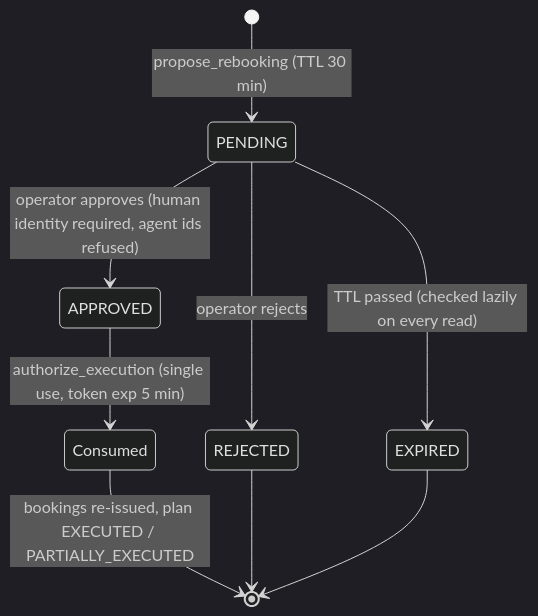
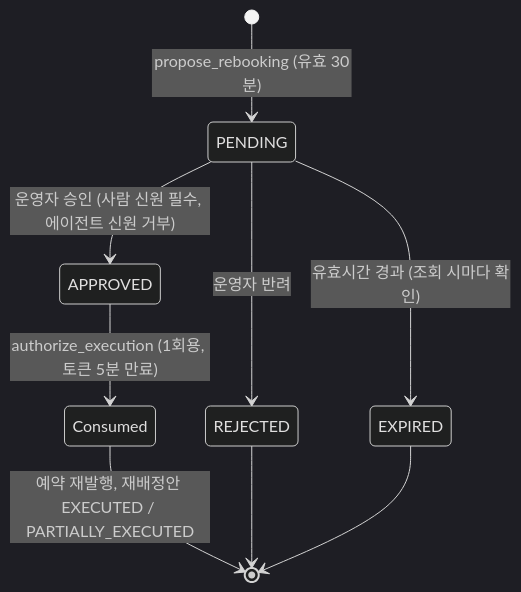
The fifth of 7 diagrams in docs/architecture.md (hyunolike/reroute-irops-agent), drawn with Mermaid (dark theme) before and after one commit. The commit also changed other lines of this file and 2 other files, not shown here.

First line of the commit message:
Korean documentation: README, architecture, AWS deployment guide

````diff
--- a/docs/architecture.md
+++ b/docs/architecture.md
@@ -159,11 +166,11 @@
 ```mermaid
 stateDiagram-v2
-    [*] --> PENDING: propose_rebooking (TTL 30 min)
-    PENDING --> APPROVED: operator approves (human identity required, agent ids refused)
-    PENDING --> REJECTED: operator rejects
-    PENDING --> EXPIRED: TTL passed (checked lazily on every read)
-    APPROVED --> Consumed: authorize_execution (single use, token exp 5 min)
-    Consumed --> [*]: bookings re-issued, plan EXECUTED / PARTIALLY_EXECUTED
+    [*] --> PENDING: propose_rebooking (유효 30분)
+    PENDING --> APPROVED: 운영자 승인 (사람 신원 필수, 에이전트 신원 거부)
+    PENDING --> REJECTED: 운영자 반려
+    PENDING --> EXPIRED: 유효시간 경과 (조회 시마다 확인)
+    APPROVED --> Consumed: authorize_execution (1회용, 토큰 5분 만료)
+    Consumed --> [*]: 예약 재발행, 재배정안 EXECUTED / PARTIALLY_EXECUTED
     REJECTED --> [*]
     EXPIRED --> [*]
 ```
````
